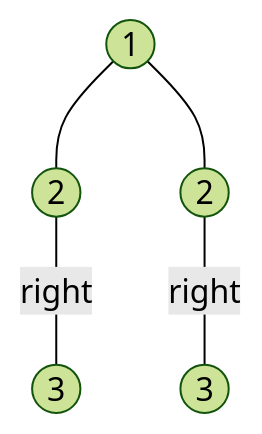
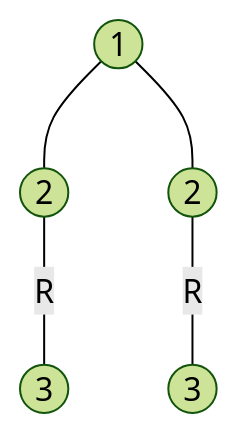
Before and after one commit to PasseRR/JavaLeetCode: the second of 2 diagrams in docs/_chapters/2.lcof1/page1/28.md, drawn with Mermaid (forest theme). The commit also changed 11 other files, not shown here.

````diff
--- a/docs/_chapters/2.lcof1/page1/28.md
+++ b/docs/_chapters/2.lcof1/page1/28.md
@@ -27,7 +27,7 @@
 ```mermaid
 graph TB
 A((1)) --- B((2))
 A --- C((2))
-B --right--- D((3))
-C --right--- E((3))
+B --R--- D((3))
+C --R--- E((3))
 ```
````
